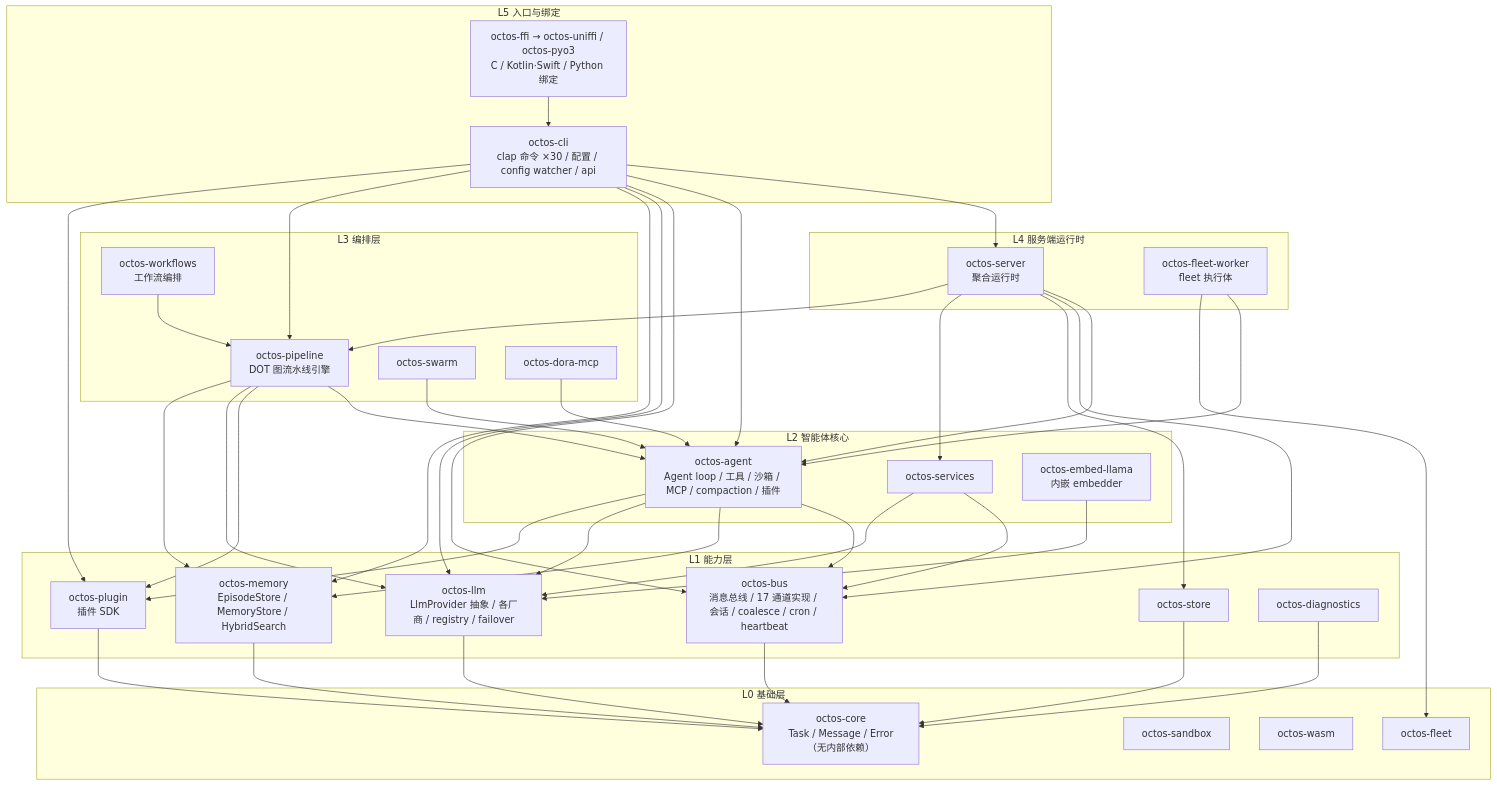
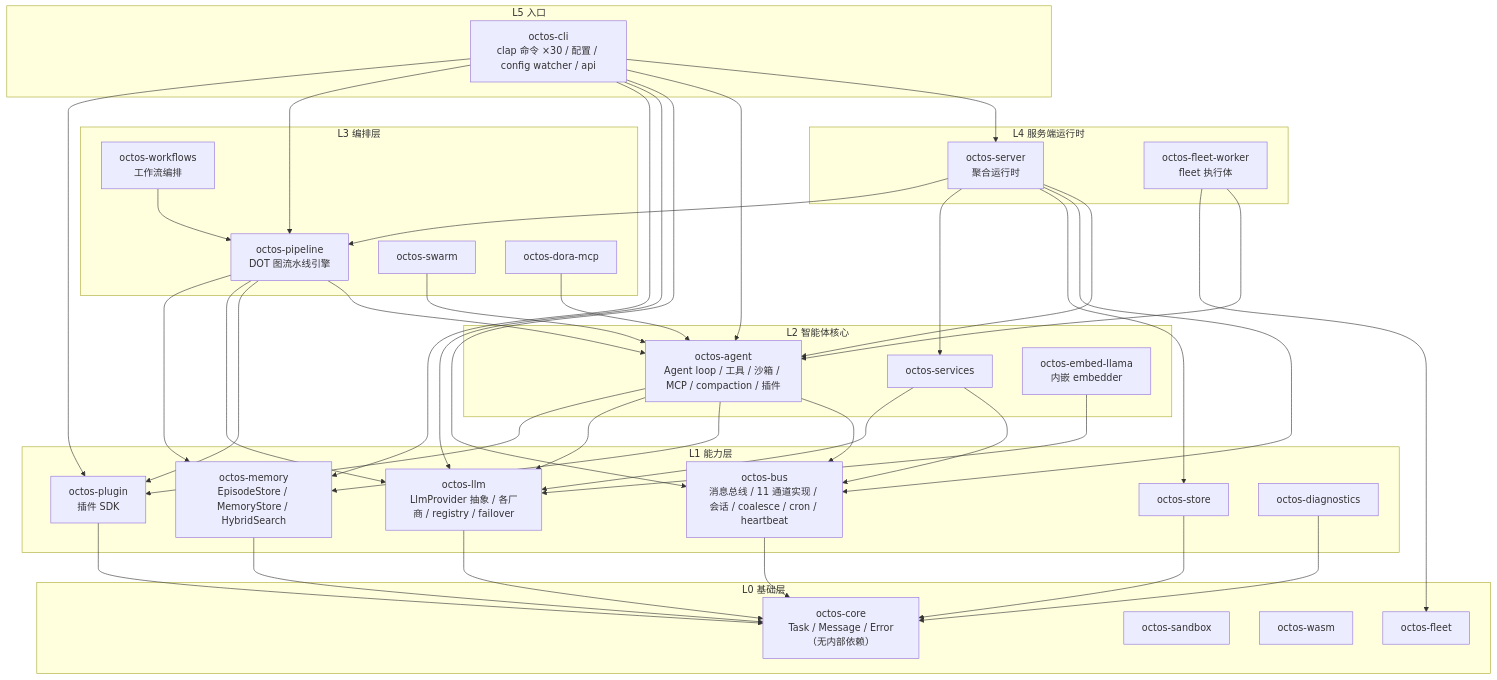
The second of 15 diagrams in logos/resources/prd/3-technical-plan/1-architecture/core-01-architecture-overview.md (dorname/octos), drawn with Mermaid before and after one commit. The commit also changed other lines of this file and 14 other files, not shown here.

````diff
--- a/logos/resources/prd/3-technical-plan/1-architecture/core-01-architecture-overview.md
+++ b/logos/resources/prd/3-technical-plan/1-architecture/core-01-architecture-overview.md
@@ -48,72 +48,70 @@
 ```mermaid
 graph TB
-    subgraph "L5 入口与绑定"
+    subgraph "L5 入口"
         CLI["octos-cli<br/>clap 命令 ×30 / 配置 / config watcher / api"]
-        FFI["octos-ffi → octos-uniffi / octos-pyo3<br/>C / Kotlin·Swift / Python 绑定"]
     end
     subgraph "L4 服务端运行时"
         SRV["octos-server<br/>聚合运行时"]
         FLW["octos-fleet-worker<br/>fleet 执行体"]
     end
     subgraph "L3 编排层"
         PIPE["octos-pipeline<br/>DOT 图流水线引擎"]
         WF["octos-workflows<br/>工作流编排"]
         SWM["octos-swarm"]
         DORA["octos-dora-mcp"]
     end
     subgraph "L2 智能体核心"
         AGENT["octos-agent<br/>Agent loop / 工具 / 沙箱 / MCP / compaction / 插件"]
         SVC["octos-services"]
         EMB["octos-embed-llama<br/>内嵌 embedder"]
     end
     subgraph "L1 能力层"
-        BUS["octos-bus<br/>消息总线 / 17 通道实现 / 会话 / coalesce / cron / heartbeat"]
+        BUS["octos-bus<br/>消息总线 / 11 通道实现 / 会话 / coalesce / cron / heartbeat"]
         LLMC["octos-llm<br/>LlmProvider 抽象 / 各厂商 / registry / failover"]
         MEM["octos-memory<br/>EpisodeStore / MemoryStore / HybridSearch"]
         STORE["octos-store"]
         PLUG["octos-plugin<br/>插件 SDK"]
         DIAG["octos-diagnostics"]
     end
     subgraph "L0 基础层"
         COREC["octos-core<br/>Task / Message / Error（无内部依赖）"]
         SBX["octos-sandbox"]
         WASM["octos-wasm"]
         FLEET["octos-fleet"]
     end
 
     CLI --> SRV
     CLI --> AGENT
     CLI --> BUS
     CLI --> LLMC
     CLI --> MEM
     CLI --> PIPE
     CLI --> PLUG
-    FFI --> CLI
     SRV --> AGENT
     SRV --> BUS
     SRV --> STORE
     SRV --> SVC
     SRV --> PIPE
     FLW --> AGENT
     FLW --> FLEET
     PIPE --> AGENT
     PIPE --> PLUG
     PIPE --> LLMC
     PIPE --> MEM
     WF --> PIPE
     SWM --> AGENT
     DORA --> AGENT
     AGENT --> BUS
     AGENT --> MEM
     AGENT --> LLMC
     AGENT --> PLUG
     SVC --> BUS
     SVC --> LLMC
     EMB --> LLMC
     BUS --> COREC
     MEM --> COREC
     STORE --> COREC
     PLUG --> COREC
     DIAG --> COREC
     LLMC --> COREC
 ```
````
